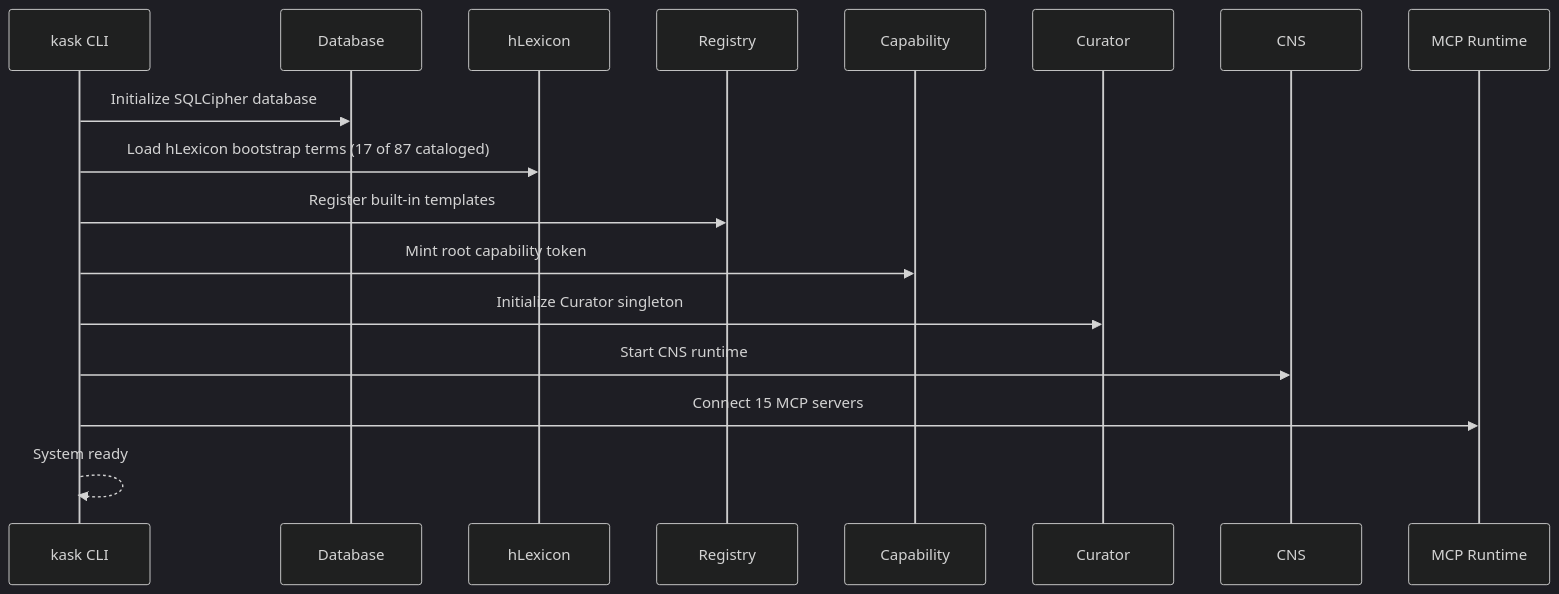
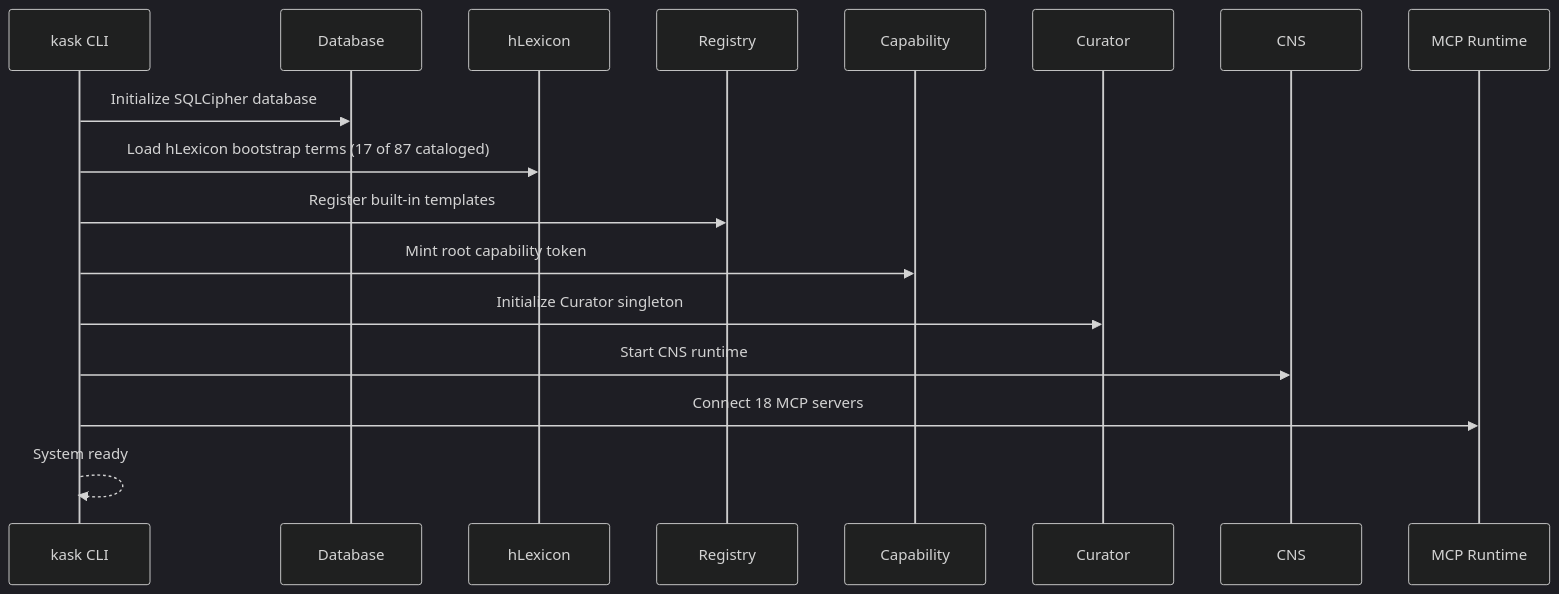
One commit to mdz-axo/hKask changed the second of 3 diagrams in docs/architecture/persistence-and-lifecycle.md. Above: the diagram before and after it, drawn with Mermaid (dark theme). The commit also changed other lines of this file and 18 other files, not shown here.

````diff
--- a/docs/architecture/persistence-and-lifecycle.md
+++ b/docs/architecture/persistence-and-lifecycle.md
@@ -210,20 +210,20 @@
 ```mermaid
 sequenceDiagram
     participant CLI as kask CLI
     participant DB as Database
     participant LEX as hLexicon
     participant REG as Registry
     participant CAP as Capability
     participant CUR as Curator
     participant CNS as CNS
     participant MCP as MCP Runtime
 
     CLI->>DB: Initialize SQLCipher database
     CLI->>LEX: Load hLexicon bootstrap terms (17 of 87 cataloged)
     CLI->>REG: Register built-in templates
     CLI->>CAP: Mint root capability token
     CLI->>CUR: Initialize Curator singleton
     CLI->>CNS: Start CNS runtime
-    CLI->>MCP: Connect 15 MCP servers
+    CLI->>MCP: Connect 18 MCP servers
     CLI-->>CLI: System ready
 ```
````
